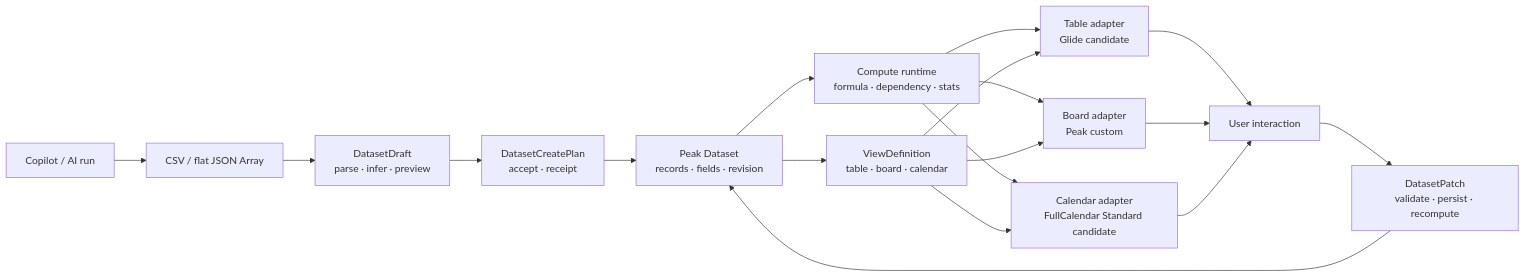
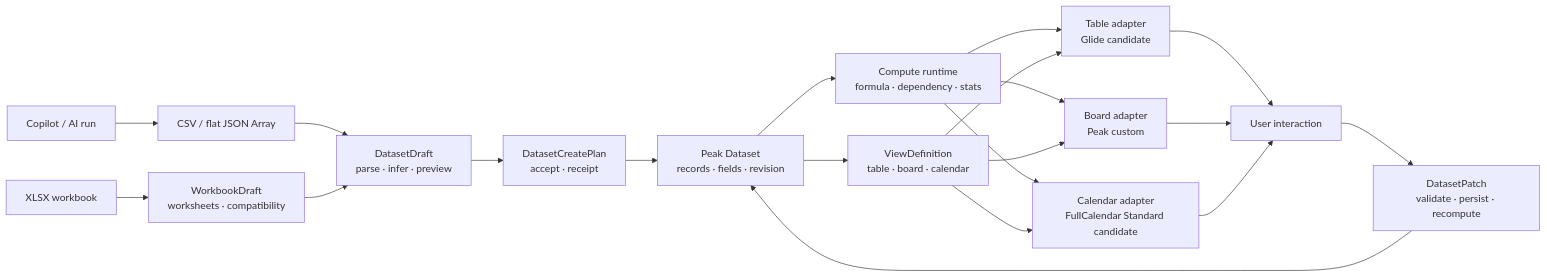
Before and after one commit to highestpeak/obsidian-peak-assistant: the diagram in docs/superpowers/plans/2026-08-02-peak-sheet-view-adapter-spike-and-rollout-plan.md, drawn with Mermaid. The commit also changed other lines of this file and 6 other files, not shown here.

````diff
--- a/docs/superpowers/plans/2026-08-02-peak-sheet-view-adapter-spike-and-rollout-plan.md
+++ b/docs/superpowers/plans/2026-08-02-peak-sheet-view-adapter-spike-and-rollout-plan.md
@@ -107,33 +108,37 @@
 ```mermaid
 flowchart LR
   AI["Copilot / AI run"]
   RAW["CSV / flat JSON Array"]
+  XLSX["XLSX workbook"]
+  WB["WorkbookDraft<br/>worksheets · compatibility"]
   DRAFT["DatasetDraft<br/>parse · infer · preview"]
   CREATE["DatasetCreatePlan<br/>accept · receipt"]
   DS["Peak Dataset<br/>records · fields · revision"]
   CP["Compute runtime<br/>formula · dependency · stats"]
   VD["ViewDefinition<br/>table · board · calendar"]
   TA["Table adapter<br/>Glide candidate"]
   BA["Board adapter<br/>Peak custom"]
   CA["Calendar adapter<br/>FullCalendar Standard candidate"]
   UI["User interaction"]
   DP["DatasetPatch<br/>validate · persist · recompute"]
 
   AI --> RAW
   RAW --> DRAFT
+  XLSX --> WB
+  WB --> DRAFT
   DRAFT --> CREATE
   CREATE --> DS
   DS --> CP
   DS --> VD
   CP --> TA
   CP --> BA
   CP --> CA
   VD --> TA
   VD --> BA
   VD --> CA
   TA --> UI
   BA --> UI
   CA --> UI
   UI --> DP
   DP --> DS
 ```
````
